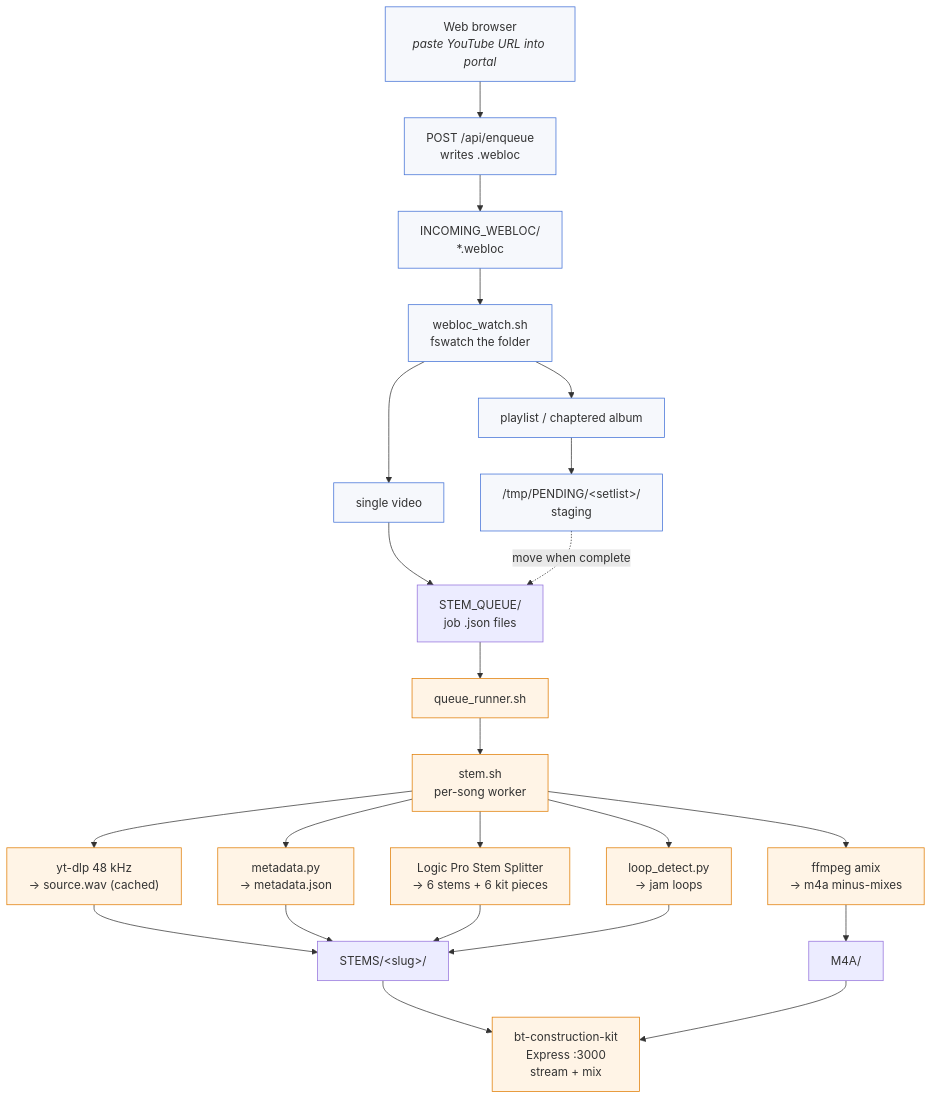
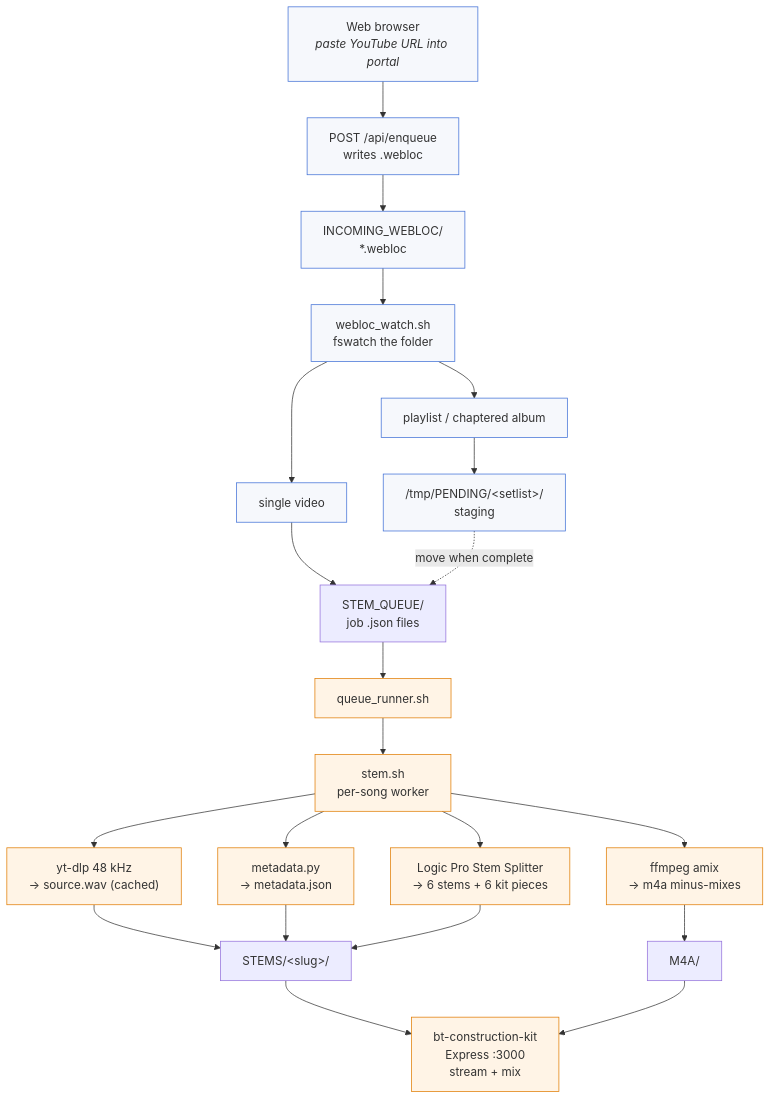
Before and after one commit to williambnorton/simpleStem: the third of 4 diagrams in ARCHITECTURE.md, drawn with Mermaid. The commit also changed other lines of this file and 23 other files, not shown here.

````diff
--- a/ARCHITECTURE.md
+++ b/ARCHITECTURE.md
@@ -162,44 +162,42 @@
 ```mermaid
 flowchart TD
     BR["Web browser<br/><i>paste YouTube URL into portal</i>"]
     EQ["POST /api/enqueue<br/>writes .webloc"]
 
     IN["INCOMING_WEBLOC/<br/>*.webloc"]
     WW["webloc_watch.sh<br/>fswatch the folder"]
 
     SV["single video"]
     PL["playlist / chaptered album"]
     PEND["/tmp/PENDING/&lt;setlist&gt;/<br/>staging"]
 
     Q["STEM_QUEUE/<br/>job .json files"]
     QR["queue_runner.sh"]
     SS["stem.sh<br/>per-song worker"]
 
     DL["yt-dlp 48 kHz<br/>→ source.wav (cached)"]
     MP["metadata.py<br/>→ metadata.json"]
     DM["Logic Pro Stem Splitter<br/>→ 6 stems + 6 kit pieces"]
     MX["ffmpeg amix<br/>→ m4a minus-mixes"]
-    LO["loop_detect.py<br/>→ jam loops"]
 
     STEMS["STEMS/&lt;slug&gt;/"]
     M4A["M4A/"]
 
     PORT["bt-construction-kit<br/>Express :3000<br/>stream + mix"]
 
     BR --> EQ --> IN --> WW
     WW --> SV --> Q
     WW --> PL --> PEND -. "move when complete" .-> Q
     Q --> QR --> SS
     SS --> DL --> STEMS
     SS --> MP --> STEMS
     SS --> DM --> STEMS
     SS --> MX --> M4A
-    SS --> LO --> STEMS
     STEMS --> PORT
     M4A --> PORT
 
     classDef librarian fill:#f6f8fc,stroke:#3f6fd6;
     classDef performer fill:#fff4e6,stroke:#e07b00;
     class WW,SV,PL,PEND,IN,EQ,BR librarian;
-    class QR,SS,DL,DM,MX,LO,MP,PORT performer;
+    class QR,SS,DL,DM,MX,MP,PORT performer;
 ```
````
